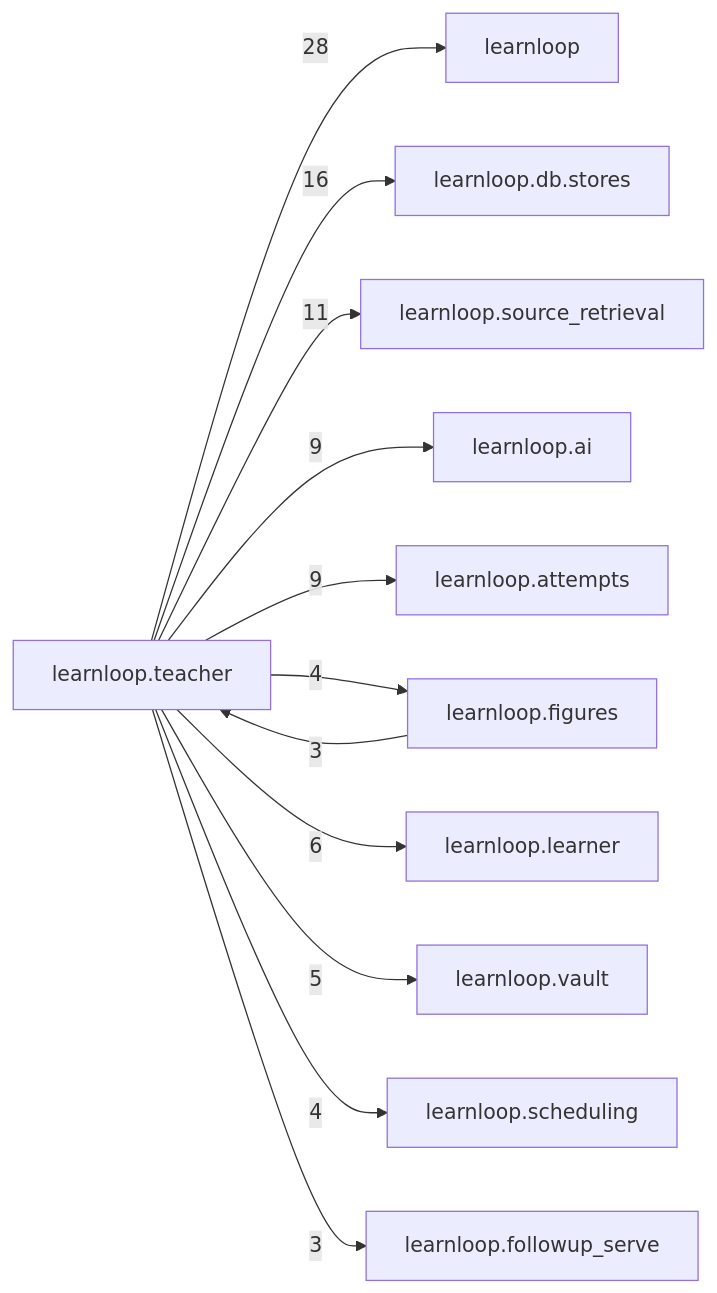
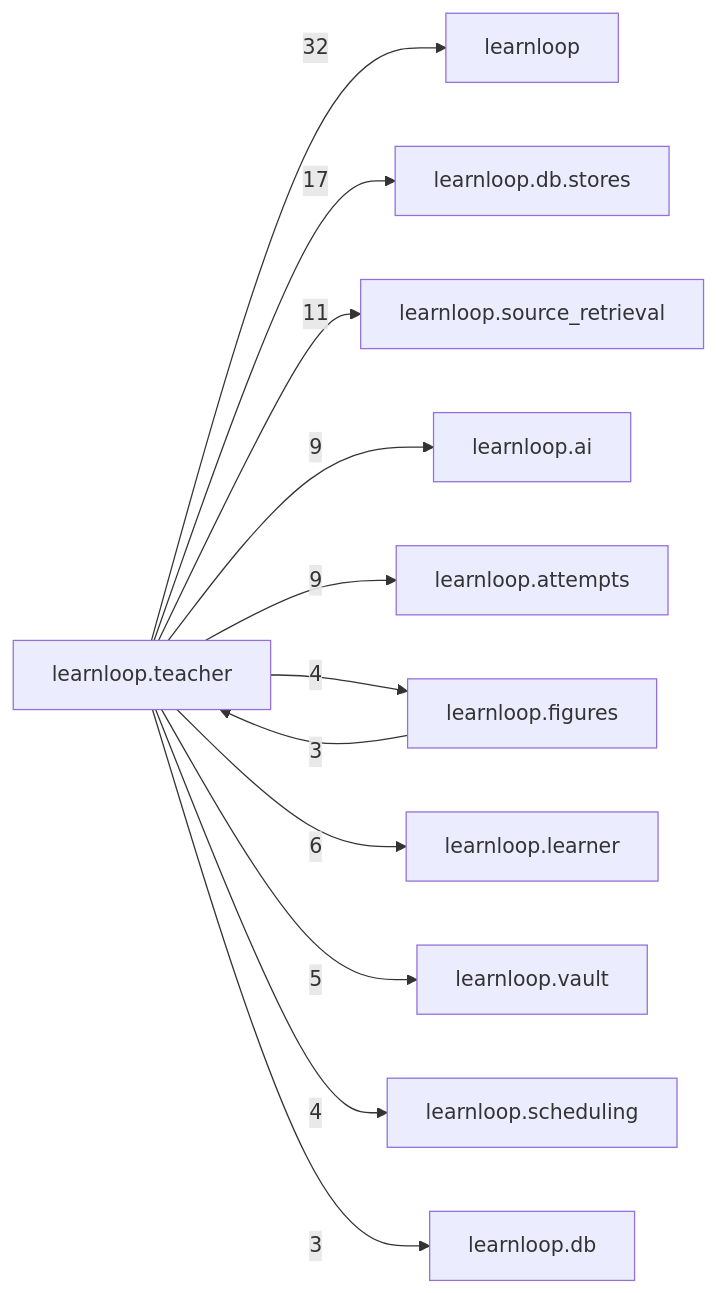
The diagram in docs/learnloop-architecture-vault/Reference/Modules/learnloop/teacher/_package.md (6up-b/learnanything), drawn with Mermaid before and after one commit. The commit also changed other lines of this file and 77 other files, not shown here.

````diff
--- a/docs/learnloop-architecture-vault/Reference/Modules/learnloop/teacher/_package.md
+++ b/docs/learnloop-architecture-vault/Reference/Modules/learnloop/teacher/_package.md
@@ -122,25 +125,25 @@
 ```mermaid
 flowchart LR
     center["learnloop.teacher"]
     n_learnloop["learnloop"]
     n_learnloop_db_stores["learnloop.db.stores"]
     n_learnloop_source_retrieval["learnloop.source_retrieval"]
     n_learnloop_ai["learnloop.ai"]
     n_learnloop_attempts["learnloop.attempts"]
     n_learnloop_figures["learnloop.figures"]
     n_learnloop_learner["learnloop.learner"]
     n_learnloop_vault["learnloop.vault"]
     n_learnloop_scheduling["learnloop.scheduling"]
-    n_learnloop_followup_serve["learnloop.followup_serve"]
-    center -->|28| n_learnloop
-    center -->|16| n_learnloop_db_stores
+    n_learnloop_db["learnloop.db"]
+    center -->|32| n_learnloop
+    center -->|17| n_learnloop_db_stores
     center -->|11| n_learnloop_source_retrieval
     center -->|9| n_learnloop_ai
     center -->|9| n_learnloop_attempts
     n_learnloop_figures -->|3| center
     center -->|4| n_learnloop_figures
     center -->|6| n_learnloop_learner
     center -->|5| n_learnloop_vault
     center -->|4| n_learnloop_scheduling
-    center -->|3| n_learnloop_followup_serve
+    center -->|3| n_learnloop_db
 ```
````
